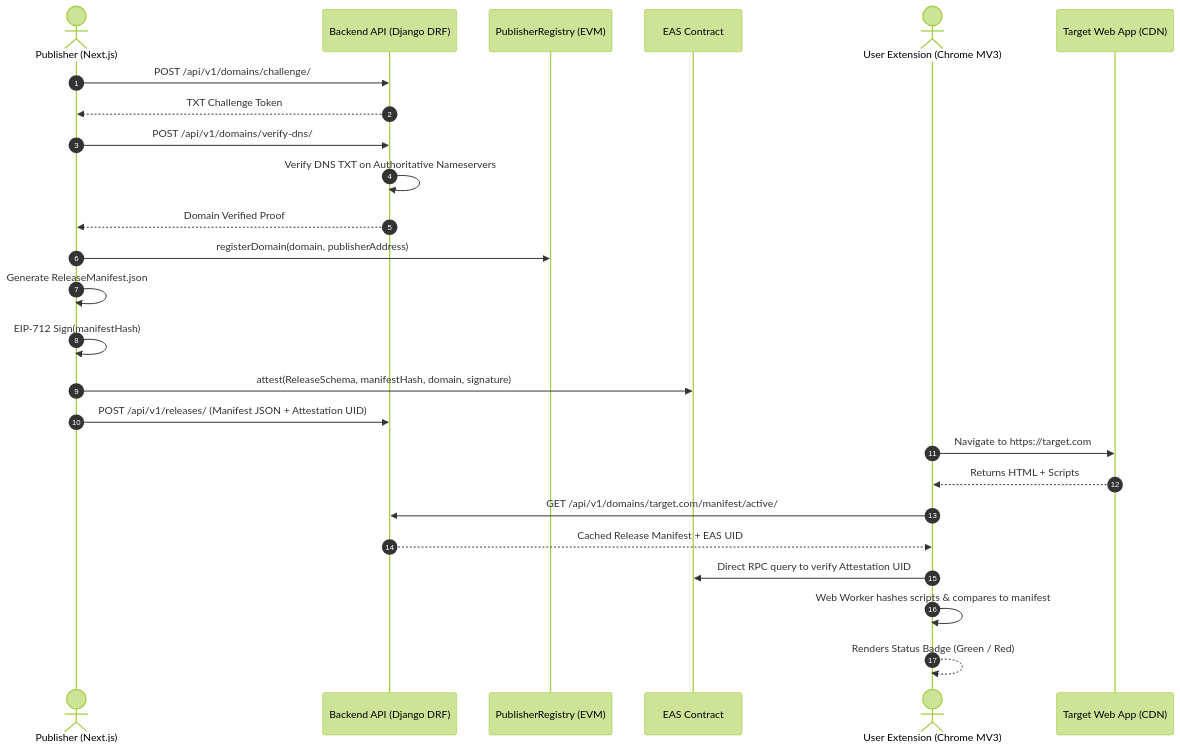
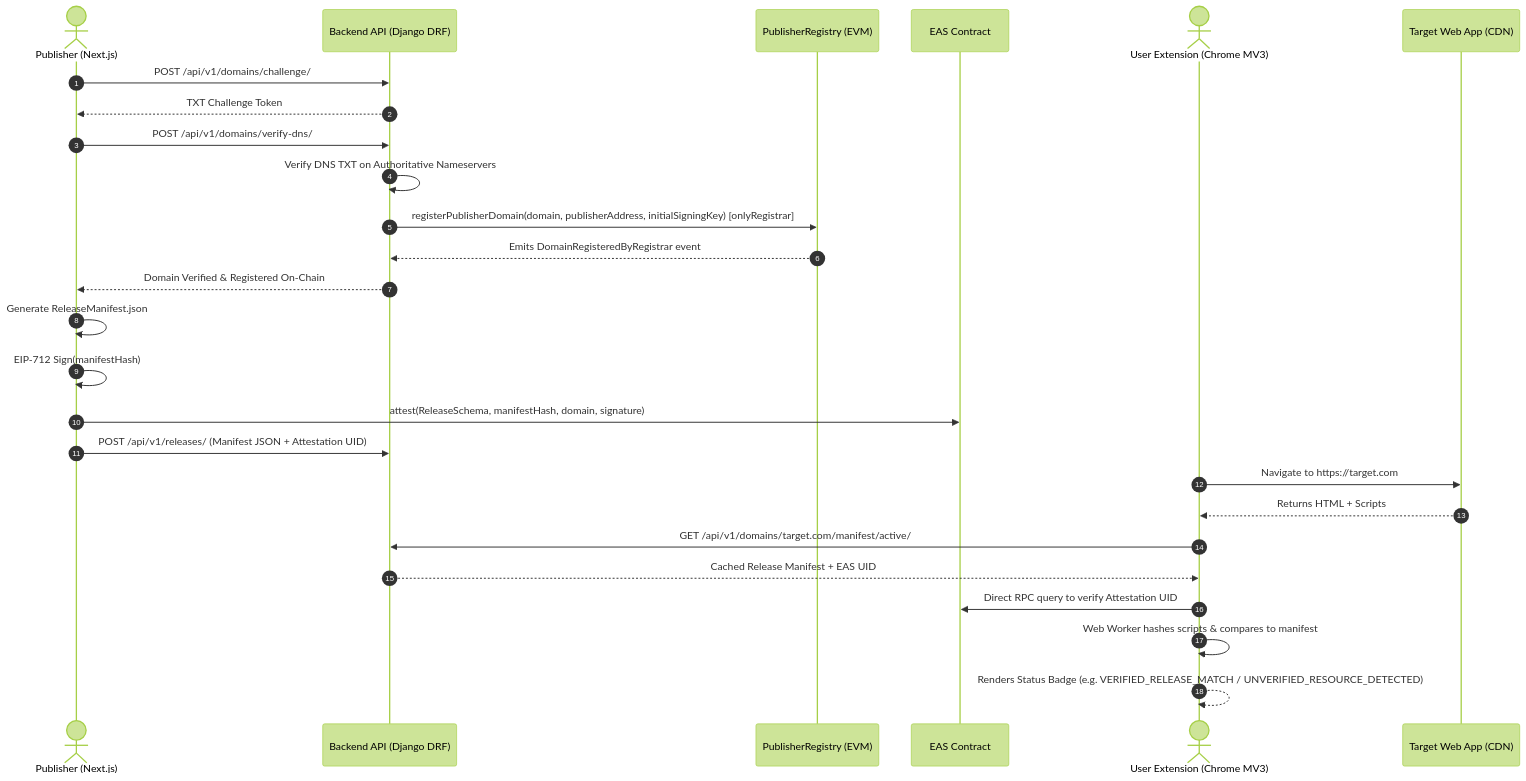
Before and after one commit to MustafaPinjari/LUCENTRA: the diagram in docs/03-architecture/HIGH_LEVEL_DESIGN.md, drawn with Mermaid (forest theme). The commit also changed other lines of this file and 181 other files, not shown here.

````diff
--- a/docs/03-architecture/HIGH_LEVEL_DESIGN.md
+++ b/docs/03-architecture/HIGH_LEVEL_DESIGN.md
@@ -18,30 +18,31 @@
 ```mermaid
 sequenceDiagram
     autonumber
     actor Publisher as Publisher (Next.js)
     participant Backend as Backend API (Django DRF)
     participant Contract as PublisherRegistry (EVM)
     participant EAS as EAS Contract
     actor Client as User Extension (Chrome MV3)
     participant WebHost as Target Web App (CDN)
 
     Publisher->>Backend: POST /api/v1/domains/challenge/
     Backend-->>Publisher: TXT Challenge Token
     Publisher->>Backend: POST /api/v1/domains/verify-dns/
     Backend->>Backend: Verify DNS TXT on Authoritative Nameservers
-    Backend-->>Publisher: Domain Verified Proof
-    Publisher->>Contract: registerDomain(domain, publisherAddress)
+    Backend->>Contract: registerPublisherDomain(domain, publisherAddress, initialSigningKey) [onlyRegistrar]
+    Contract-->>Backend: Emits DomainRegisteredByRegistrar event
+    Backend-->>Publisher: Domain Verified & Registered On-Chain
 
     Publisher->>Publisher: Generate ReleaseManifest.json
     Publisher->>Publisher: EIP-712 Sign(manifestHash)
     Publisher->>EAS: attest(ReleaseSchema, manifestHash, domain, signature)
     Publisher->>Backend: POST /api/v1/releases/ (Manifest JSON + Attestation UID)
 
     Client->>WebHost: Navigate to https://target.com
     WebHost-->>Client: Returns HTML + Scripts
     Client->>Backend: GET /api/v1/domains/target.com/manifest/active/
     Backend-->>Client: Cached Release Manifest + EAS UID
     Client->>EAS: Direct RPC query to verify Attestation UID
     Client->>Client: Web Worker hashes scripts & compares to manifest
-    Client-->>Client: Renders Status Badge (Green / Red)
+    Client-->>Client: Renders Status Badge (e.g. VERIFIED_RELEASE_MATCH / UNVERIFIED_RESOURCE_DETECTED)
 ```
````
